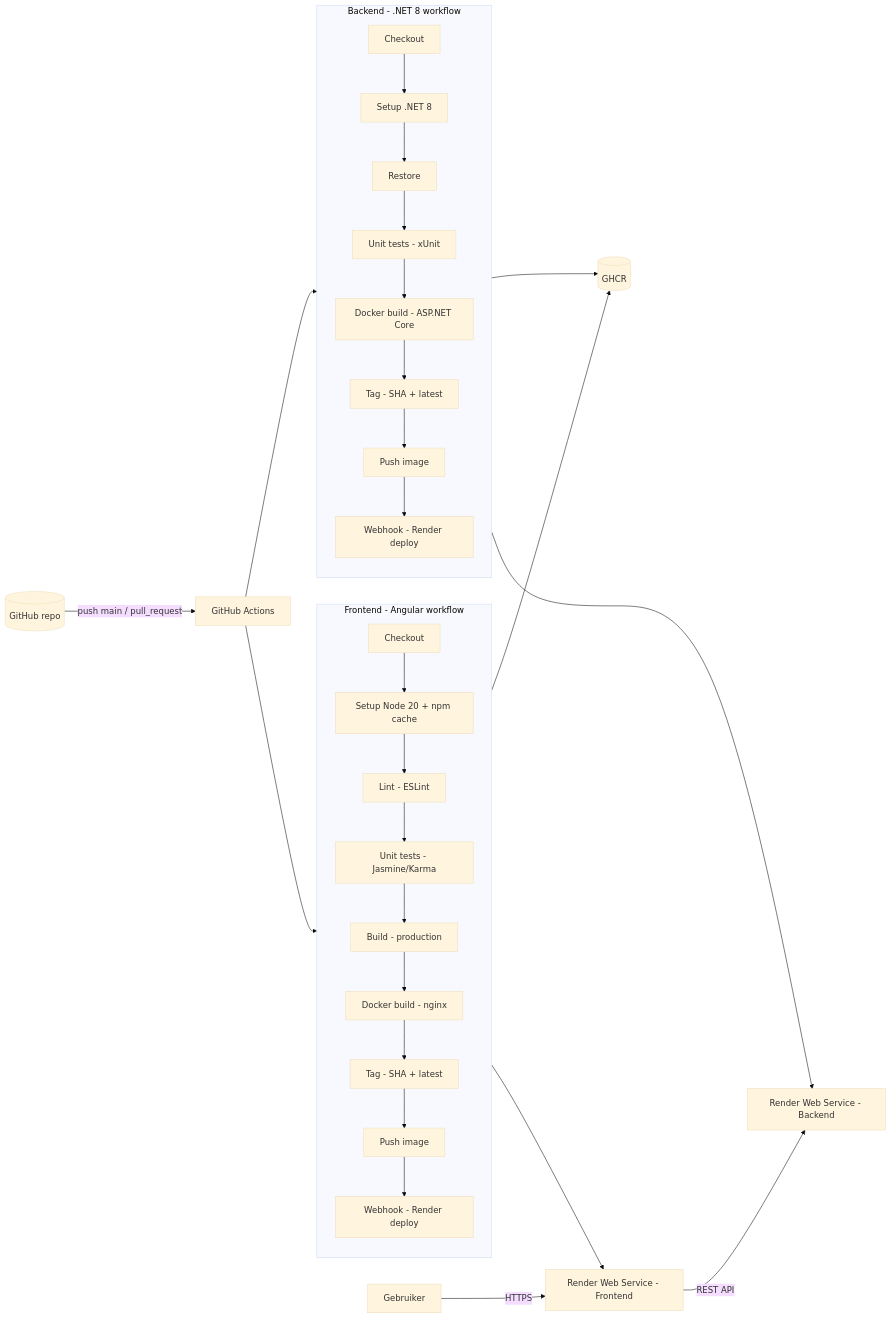
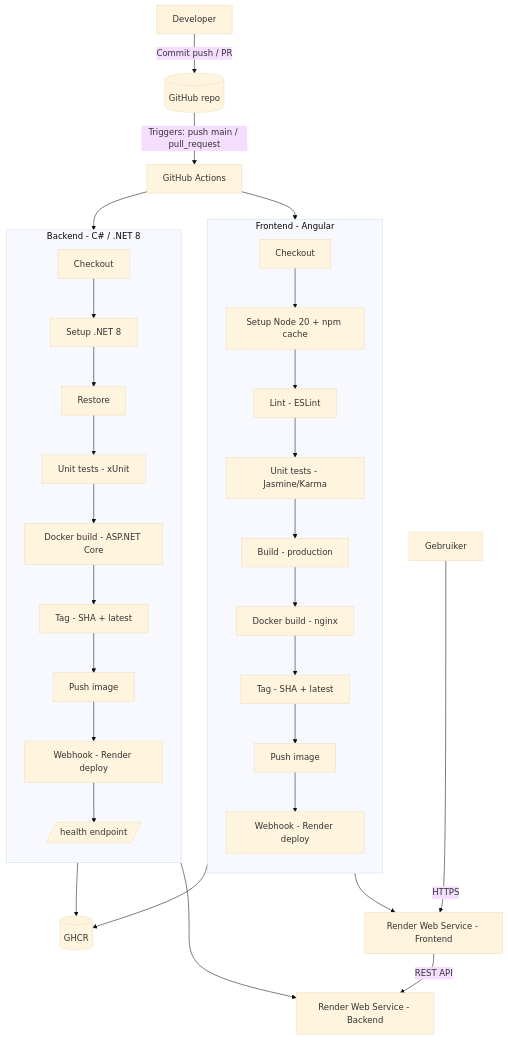
The diagram in README.md (sheilakolenbrander/novi-devops-eindopdracht), drawn with Mermaid (base theme) before and after one commit.

Commit message:
Update workflow diagrams in README.md

````diff
--- a/README.md
+++ b/README.md
@@ -1,39 +1,41 @@
 ```mermaid
-flowchart LR
-  Repo[(GitHub repo)] -->|push main / pull_request| GA[GitHub Actions]
+flowchart TB
+  Dev[Developer] -->|Commit push / PR| Repo[(GitHub repo)]
+  Repo -->|Triggers: push main / pull_request| GA[GitHub Actions]
 
-  subgraph FE[Frontend - Angular workflow]
+  GA --> FE_start
+  GA --> BE_start
+
+  subgraph FE[Frontend - Angular]
     direction TB
-    FE1[Checkout] --> FE2[Setup Node 20 + npm cache]
-    FE2 --> FE3[Lint - ESLint]
-    FE3 --> FE4[Unit tests - Jasmine/Karma]
-    FE4 --> FE5[Build - production]
-    FE5 --> FE6[Docker build - nginx]
-    FE6 --> FE7[Tag - SHA + latest]
-    FE7 --> FE8[Push image]
-    FE8 --> FE9[Webhook - Render deploy]
+    FE_start[Checkout] --> FE_node[Setup Node 20 + npm cache]
+    FE_node --> FE_lint[Lint - ESLint]
+    FE_lint --> FE_test[Unit tests - Jasmine/Karma]
+    FE_test --> FE_build[Build - production]
+    FE_build --> FE_docker[Docker build - nginx]
+    FE_docker --> FE_tag[Tag - SHA + latest]
+    FE_tag --> FE_push[Push image]
+    FE_push --> FE_hook[Webhook - Render deploy]
   end
 
-  subgraph BE[Backend - .NET 8 workflow]
+  subgraph BE[Backend - C# / .NET 8]
     direction TB
-    BE1[Checkout] --> BE2[Setup .NET 8]
-    BE2 --> BE3[Restore]
-    BE3 --> BE4[Unit tests - xUnit]
-    BE4 --> BE5[Docker build - ASP.NET Core]
-    BE5 --> BE6[Tag - SHA + latest]
-    BE6 --> BE7[Push image]
-    BE7 --> BE8[Webhook - Render deploy]
+    BE_start[Checkout] --> BE_dotnet[Setup .NET 8]
+    BE_dotnet --> BE_restore[Restore]
+    BE_restore --> BE_test[Unit tests - xUnit]
+    BE_test --> BE_docker[Docker build - ASP.NET Core]
+    BE_docker --> BE_tag[Tag - SHA + latest]
+    BE_tag --> BE_push[Push image]
+    BE_push --> BE_hook[Webhook - Render deploy]
+    BE_hook --> BE_health[/health endpoint/]
   end
 
-  GA --> FE1
-  GA --> BE1
+  FE_push --> GHCR[(GHCR)]
+  BE_push --> GHCR
 
-  FE8 --> GHCR[(GHCR)]
-  BE7 --> GHCR
-
-  FE9 --> RenderFE[Render Web Service - Frontend]
-  BE8 --> RenderBE[Render Web Service - Backend]
+  FE_hook --> RenderFE[Render Web Service - Frontend]
+  BE_hook --> RenderBE[Render Web Service - Backend]
 
   User[Gebruiker] -->|HTTPS| RenderFE
   RenderFE -->|REST API| RenderBE
 ```
````
